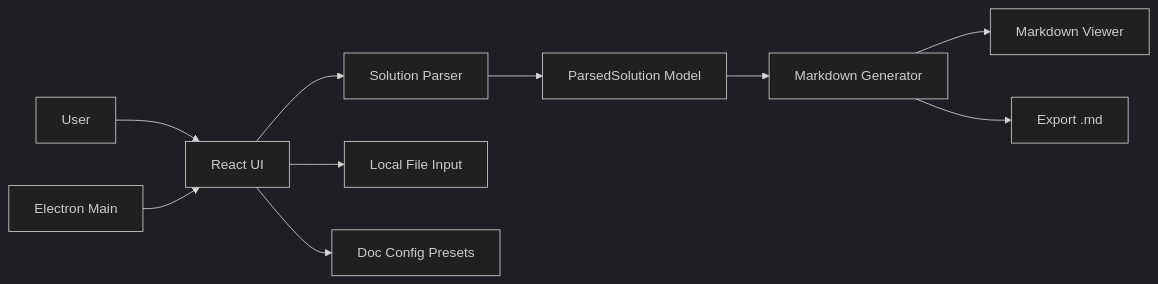
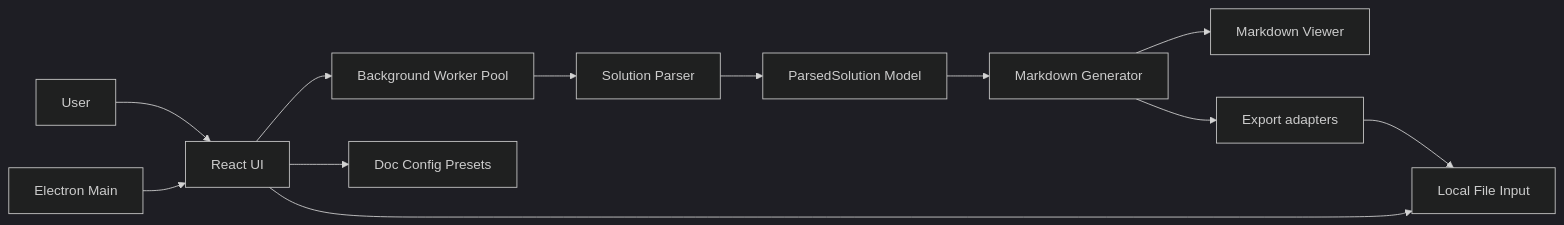
The first of 2 diagrams in docs/high-level-design.md (Hart365/PP-MD), drawn with Mermaid (dark theme) before and after one commit. The commit also changed other lines of this file and 30 other files, not shown here.

Commit message:
Added Solution Dependency and Installation Order report. Updated Excel export capabilities and improved Excel output

````diff
--- a/docs/high-level-design.md
+++ b/docs/high-level-design.md
@@ -31,12 +35,14 @@
 ```mermaid
 flowchart LR
   U[User] --> UI[React UI]
-  UI --> P[Solution Parser]
+  UI --> W[Background Worker Pool]
+  W --> P[Solution Parser]
   P --> M[ParsedSolution Model]
   M --> G[Markdown Generator]
   G --> V[Markdown Viewer]
-  G --> E[Export .md]
+  G --> E[Export adapters]
+  E --> FS[Local Downloads]
   UI --> FS[Local File Input]
   UI --> CFG[Doc Config Presets]
   Electron[Electron Main] --> UI
 ```
````
